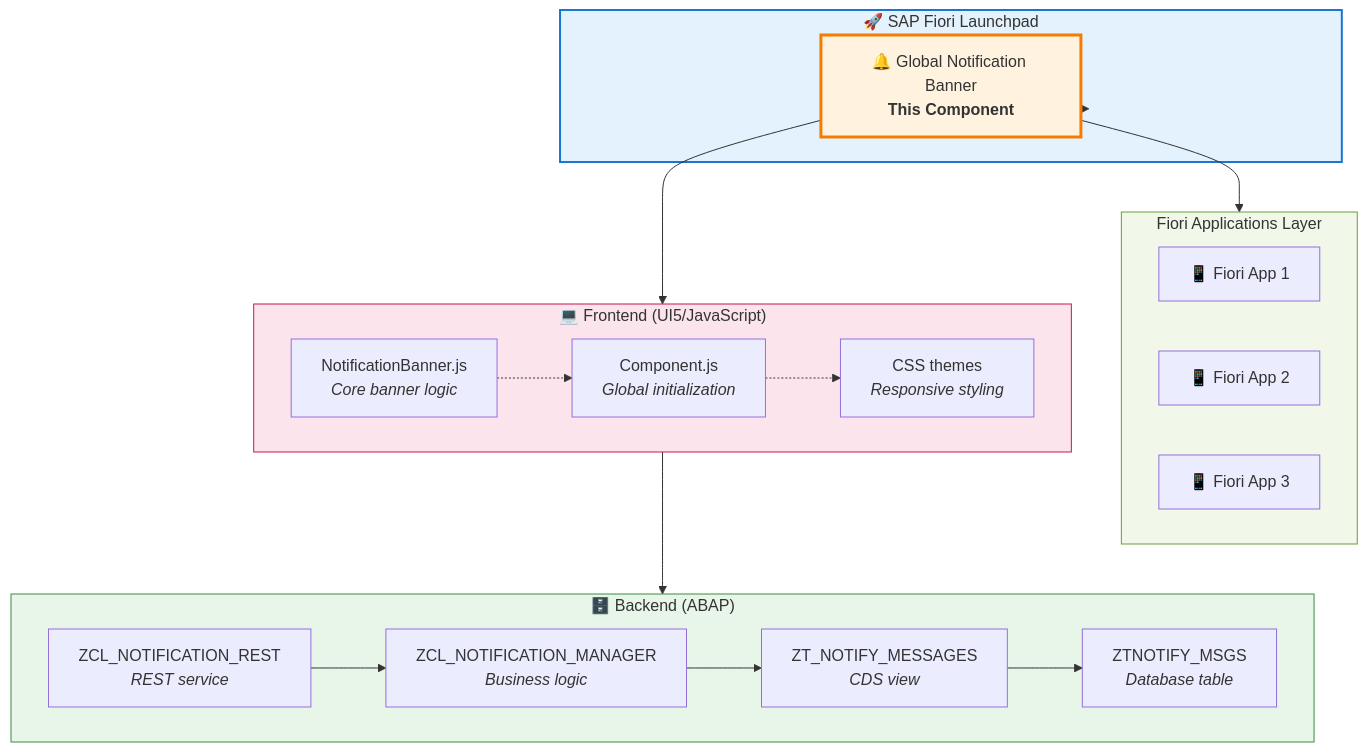
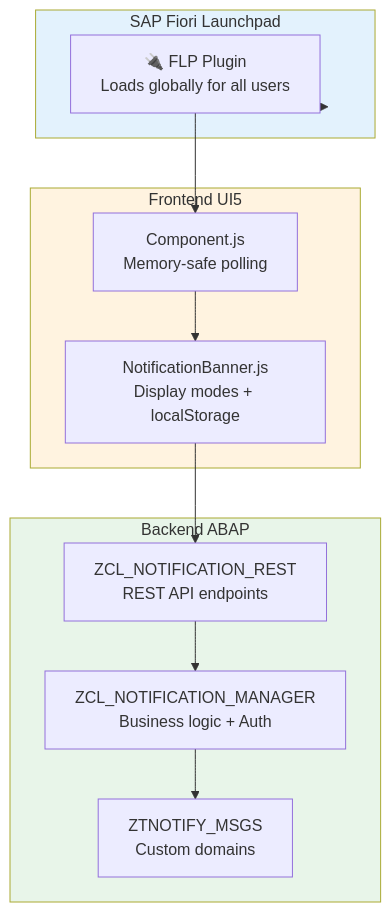
The diagram in README.md (Raistlin82/sap-fiori-notification-banner), drawn with Mermaid before and after one commit. The commit also changed other lines of this file and 4 other files, not shown here.

````diff
--- a/README.md
+++ b/README.md
@@ -75,43 +148,28 @@
 ```mermaid
 graph TB
-    subgraph FLP["🚀 SAP Fiori Launchpad"]
-        Banner["🔔 Global Notification Banner<br/><b>This Component</b>"]
+    subgraph FLP["SAP Fiori Launchpad"]
+        Plugin["🔌 FLP Plugin<br/>Loads globally for all users"]
     end
 
-    subgraph Apps["Fiori Applications Layer"]
-        App1["📱 Fiori App 1"]
-        App2["📱 Fiori App 2"]
-        App3["📱 Fiori App 3"]
+    subgraph Frontend["Frontend UI5"]
+        Component["Component.js<br/>Memory-safe polling"]
+        Banner["NotificationBanner.js<br/>Display modes + localStorage"]
     end
 
-    subgraph Frontend["💻 Frontend (UI5/JavaScript)"]
-        NBanner["NotificationBanner.js<br/><i>Core banner logic</i>"]
-        Comp["Component.js<br/><i>Global initialization</i>"]
-        CSS["CSS themes<br/><i>Responsive styling</i>"]
+    subgraph Backend["Backend ABAP"]
+        REST["ZCL_NOTIFICATION_REST<br/>REST API endpoints"]
+        Manager["ZCL_NOTIFICATION_MANAGER<br/>Business logic + Auth"]
+        DB["ZTNOTIFY_MSGS<br/>Custom domains"]
     end
 
-    subgraph Backend["🗄️ Backend (ABAP)"]
-        DB["ZTNOTIFY_MSGS<br/><i>Database table</i>"]
-        CDS["ZT_NOTIFY_MESSAGES<br/><i>CDS view</i>"]
-        Manager["ZCL_NOTIFICATION_MANAGER<br/><i>Business logic</i>"]
-        REST["ZCL_NOTIFICATION_REST<br/><i>REST service</i>"]
-    end
+    FLP --> Plugin
+    Plugin --> Component
+    Component --> Banner
+    Banner --> REST
+    REST --> Manager
+    Manager --> DB
 
-    FLP --> Banner
-    Banner --> Apps
-    Banner --> Frontend
-    Frontend --> Backend
-
-    NBanner -.-> Comp
-    Comp -.-> CSS
-
-    REST --> Manager
-    Manager --> CDS
-    CDS --> DB
-
-    style FLP fill:#e3f2fd,stroke:#1976d2,stroke-width:2px
-    style Banner fill:#fff3e0,stroke:#f57c00,stroke-width:3px
-    style Apps fill:#f1f8e9,stroke:#689f38
-    style Frontend fill:#fce4ec,stroke:#c2185b
-    style Backend fill:#e8f5e9,stroke:#388e3c
+    style FLP fill:#e3f2fd
+    style Frontend fill:#fff3e0
+    style Backend fill:#e8f5e9
 ```
````
